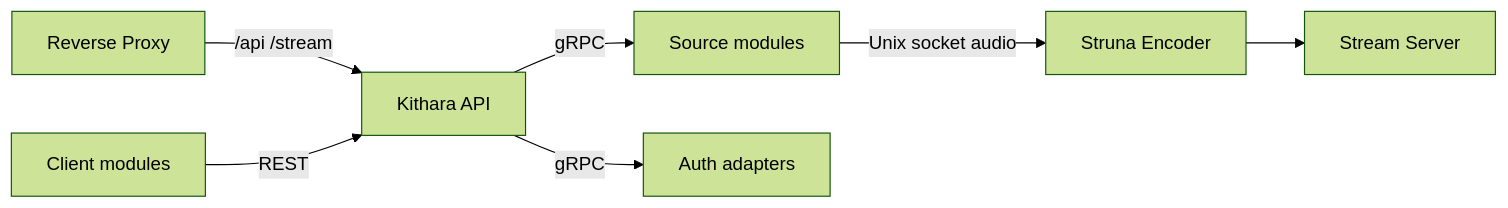
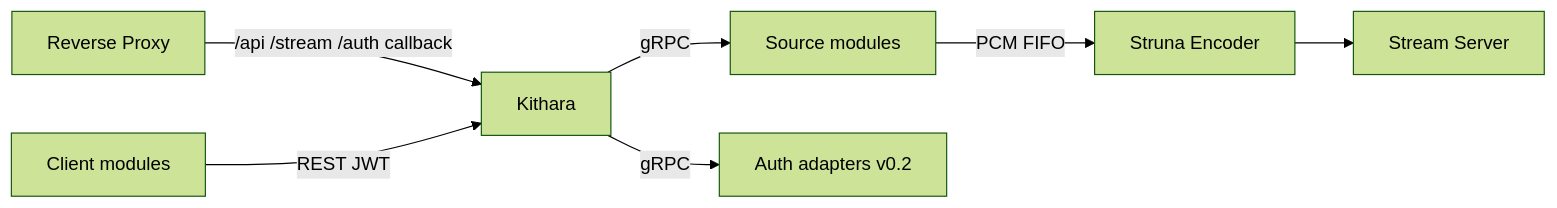
The diagram in docs/architecture/operations/deployment.md (Bardie-radio/bardie-kithara), drawn with Mermaid (forest theme) before and after one commit. The commit also changed other lines of this file and 37 other files, not shown here.

Commit message:
Refactor architecture documentation to clarify audio processing and module interactions.

````diff
--- a/docs/architecture/operations/deployment.md
+++ b/docs/architecture/operations/deployment.md
@@ -3,9 +3,9 @@
 ```mermaid
 flowchart LR
-  Edge[Reverse Proxy] -->|/api /stream| KitharaAPI[Kithara API]
-  Clients[Client modules] -->|REST| KitharaAPI
+  Edge[Reverse Proxy] -->|/api /stream /auth callback| KitharaAPI[Kithara]
+  Clients[Client modules] -->|REST JWT| KitharaAPI
   KitharaAPI -->|gRPC| Src[Source modules]
-  KitharaAPI -->|gRPC| Auth[Auth adapters]
-  Src -->|Unix socket audio| Encoder[Struna Encoder]
+  KitharaAPI -->|gRPC| Auth[Auth adapters v0.2]
+  Src -->|PCM FIFO| Encoder[Struna Encoder]
   Encoder --> StreamSrv[Stream Server]
 ```
````
